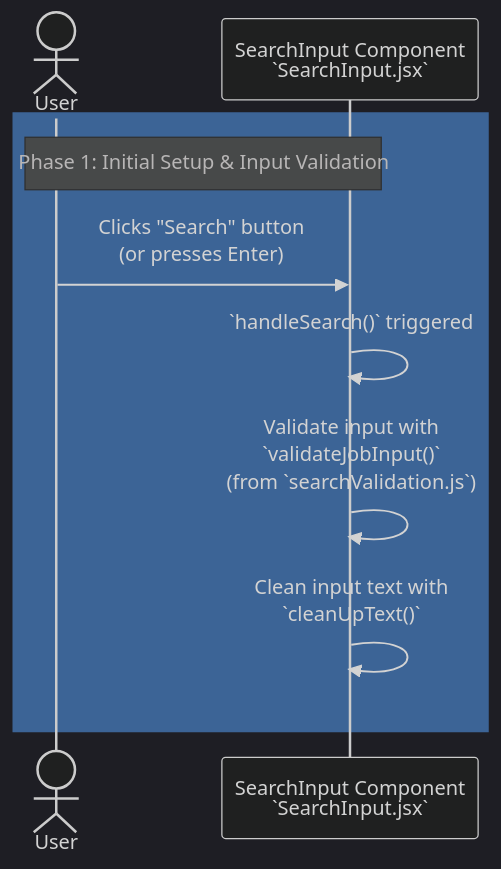
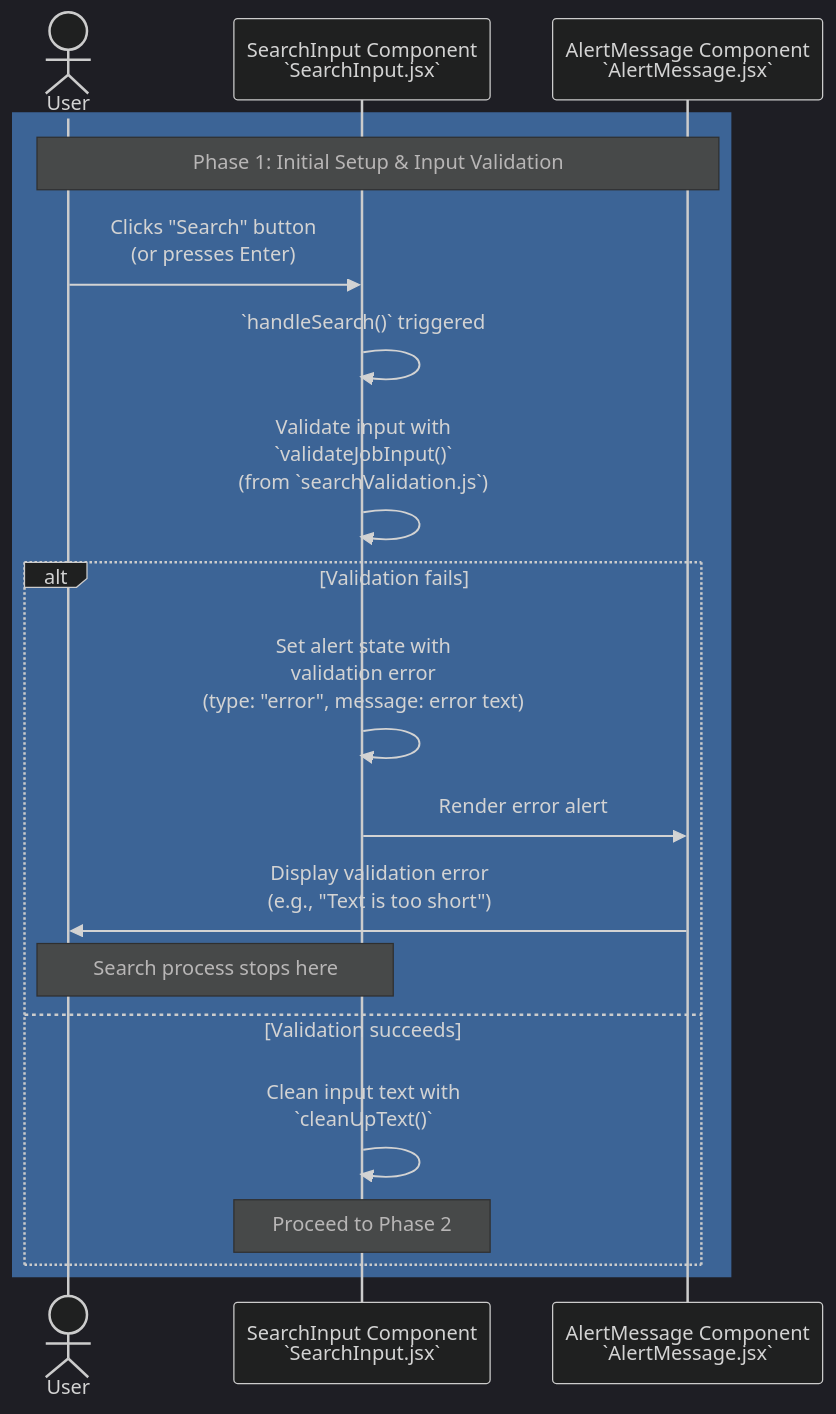
The diagram in documentation/jobFetch/jobFetch-Phase1.md (YahyaAl-Ademi/2025.10.23-JobCompass), drawn with Mermaid before and after one commit. The commit also changed 4 other files, not shown here.

Commit message:
Enhance job fetch documentation with detailed sequence diagrams for phases 1 to 6, including input validation, context state updates, travel details fetching, and result display logic.

````diff
--- a/documentation/jobFetch/jobFetch-Phase1.md
+++ b/documentation/jobFetch/jobFetch-Phase1.md
@@ -1,14 +1,24 @@
 ```mermaid
 %%{init: {'theme': 'dark', 'themeVariables': { 'primaryColor':'#1a1a1a', 'primaryBorderColor':'#4a9eff', 'lineColor':'#4a9eff', 'tertiaryColor':'#2a2a2a', 'tertiaryBorderColor':'#4a9eff', 'tertiaryTextColor':'#ffffff'}, 'sequence': {'actorMargin': 50}}}%%
 sequenceDiagram
     actor User
     participant SearchInput as SearchInput Component<br/>`SearchInput.jsx`
+    participant AlertMessage as AlertMessage Component<br/>`AlertMessage.jsx`
 
     rect rgb(60, 100, 150)
-    Note over User,SearchInput: Phase 1: Initial Setup & Input Validation
+    Note over User,AlertMessage: Phase 1: Initial Setup & Input Validation
     User->>SearchInput: Clicks "Search" button<br/>(or presses Enter)
     SearchInput->>SearchInput: `handleSearch()` triggered
     SearchInput->>SearchInput: Validate input with<br/>`validateJobInput()`<br/>(from `searchValidation.js`)
-    SearchInput->>SearchInput: Clean input text with<br/>`cleanUpText()`
+    
+    alt Validation fails
+        SearchInput->>SearchInput: Set alert state with<br/>validation error<br/>(type: "error", message: error text)
+        SearchInput->>AlertMessage: Render error alert
+        AlertMessage->>User: Display validation error<br/>(e.g., "Text is too short")
+        Note over SearchInput,User: Search process stops here
+    else Validation succeeds
+        SearchInput->>SearchInput: Clean input text with<br/>`cleanUpText()`
+        Note over SearchInput: Proceed to Phase 2
+    end
     end
 ```
````
